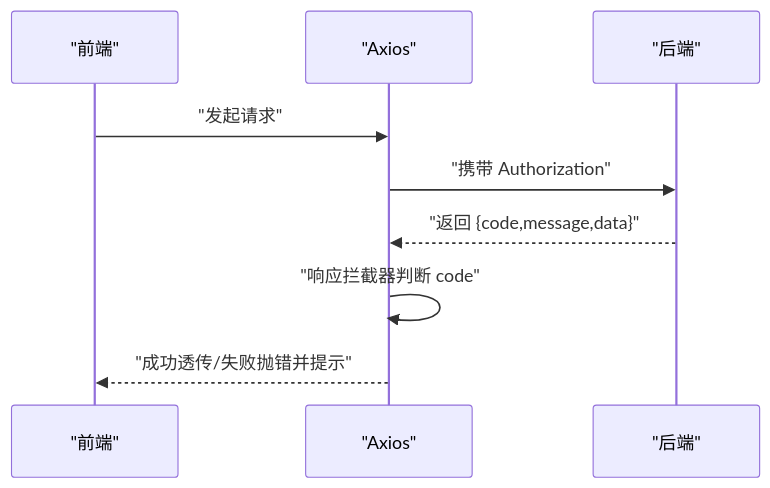
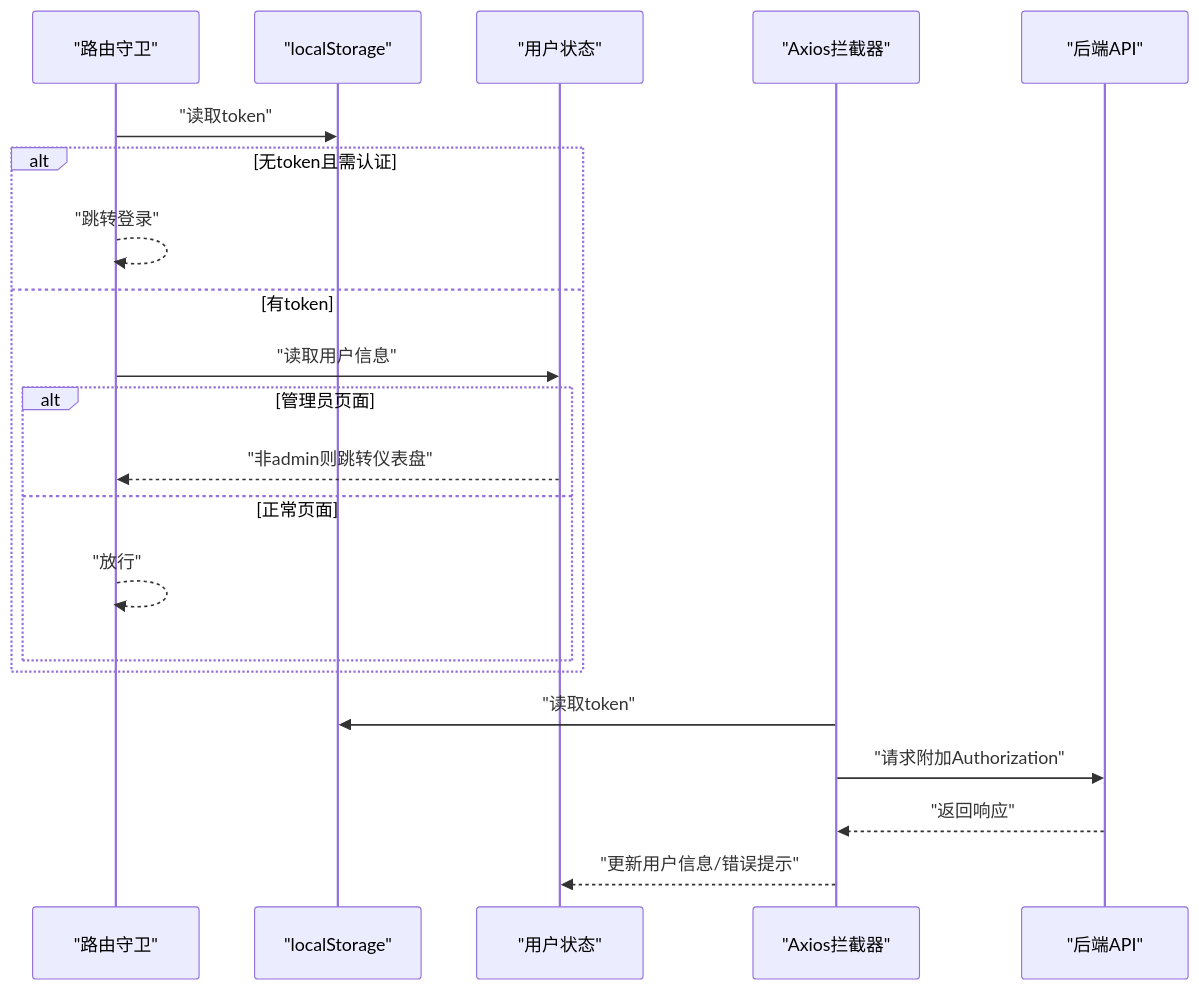
One commit to ismine3/OPS changed the fourth of 6 diagrams in .qoder/repowiki/zh/content/开发指南/开发指南.md. Above: the diagram before and after it, drawn with Mermaid. The commit also changed other lines of this file and 109 other files, not shown here.

````diff
--- a/.qoder/repowiki/zh/content/开发指南/开发指南.md
+++ b/.qoder/repowiki/zh/content/开发指南/开发指南.md
@@ -218,11 +273,23 @@
 ```mermaid
 sequenceDiagram
-participant FE as "前端"
-participant AX as "Axios"
-participant BE as "后端"
-FE->>AX : "发起请求"
-AX->>BE : "携带 Authorization"
-BE-->>AX : "返回 {code,message,data}"
-AX->>AX : "响应拦截器判断 code"
-AX-->>FE : "成功透传/失败抛错并提示"
+participant R as "路由守卫"
+participant LS as "localStorage"
+participant S as "用户状态"
+participant AX as "Axios拦截器"
+participant API as "后端API"
+R->>LS : "读取token"
+alt 无token且需认证
+R-->>R : "跳转登录"
+else 有token
+R->>S : "读取用户信息"
+alt 管理员页面
+S-->>R : "非admin则跳转仪表盘"
+else 正常页面
+R-->>R : "放行"
+end
+end
+AX->>LS : "读取token"
+AX->>API : "请求附加Authorization"
+API-->>AX : "返回响应"
+AX-->>S : "更新用户信息/错误提示"
 ```
````
